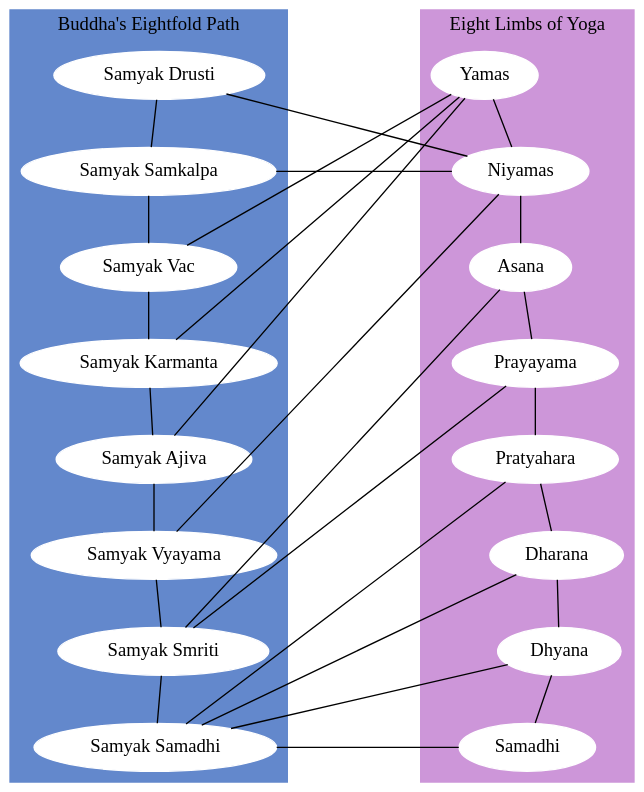
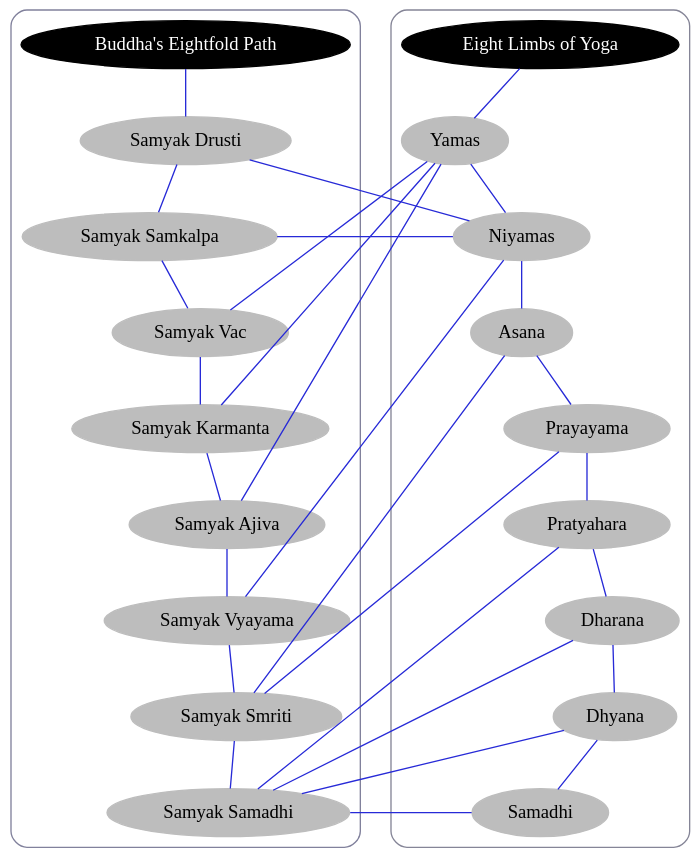
The diagram in src/lib/flowchart.dot (riziles/sveleton-test01), drawn with Graphviz before and after one commit. The commit also changed 6 other files, not shown here.

```diff
--- a/src/lib/flowchart.dot
+++ b/src/lib/flowchart.dot
@@ -1,77 +1,84 @@
 graph G {
 
 bgcolor="transparent";
   newrank=true;
   splines = false
 
-  node [style=filled,color=white];
+  node [style=filled,color="#bdbdbd"];
+  edge [style=filled,color="#272ad7"];
  
+{
+  rank = same; 
+  alabel[color=black,fontcolor=white]; 
+  blabel[color=black,fontcolor=white]; }
 {
   rank = same; a0; b0; }
 {
   rank = same; a1; b1; }
 {
   rank = same; a2; b2; }
 {
   rank = same; a3; b3; }
 {
   rank = same; a4; b4; }
 {
   rank = same; a5; b5; }
 {
   rank = same; a6; b6; }
 {
   rank = same; a7; b7; }
 
   a0 -- b1;
-   a1 -- b1;
-   a2 -- b0;
+  a1 -- b1;
+  a2 -- b0;
   a3 -- b0;
   a4 -- b0;
   a7 -- b7;
   a5 -- b1;
   a6 -- b2;
   a6 -- b3;
   a7 -- b6;
   a7 -- b4;
   a7 -- b5;
 
+  subgraph cluster_0 {
+    style=rounded;
+    bgcolor="transparent"
+    color="#81819c";
+    alabel -- a0;
+    a0 -- a1 -- a2 -- a3 -- a4 -- a5 -- a6 -- a7;
 
-
-  subgraph cluster_0 {
-    style=filled;
-    color="#6388cc";
-    node [style=filled,color=white];
-    a0 -- a1 -- a2 -- a3 -- a4 -- a5 -- a6 -- a7;
-    label = "Buddha's Eightfold Path";
   };
 
   subgraph cluster_1 {
-    style=filled;
-    color="#cd96d9";
+    style=rounded;
+    bgcolor="transparent"
+    color="#858597";
     node [style=filled,color=white];
+    blabel -- b0
     b0 -- b1 -- b2 -- b3 -- b4 -- b5 -- b6 -- b7;
-    label = "Eight Limbs of Yoga";
   }  ;
   
+  alabel [label="Buddha's Eightfold Path"]
+  blabel [label="Eight Limbs of Yoga"]
   a0 [label="Samyak Drusti"]
   a1 [label="Samyak Samkalpa"]
   a2 [label="Samyak Vac"]
   a3 [label="Samyak Karmanta"]
   a4 [label="Samyak Ajiva"]
   a5 [label="Samyak Vyayama"]
   a6 [label="Samyak Smriti"]
   a7 [label="Samyak Samadhi"]
 
   
   b0 [label="Yamas"]
   b1 [label="Niyamas"]
   b2 [label="Asana"]
   b3 [label="Prayayama"]
   b4 [label="Pratyahara"]
   b5 [label="Dharana"]
   b6 [label="Dhyana"]
   b7 [label="Samadhi"]
  
   
 }
```
